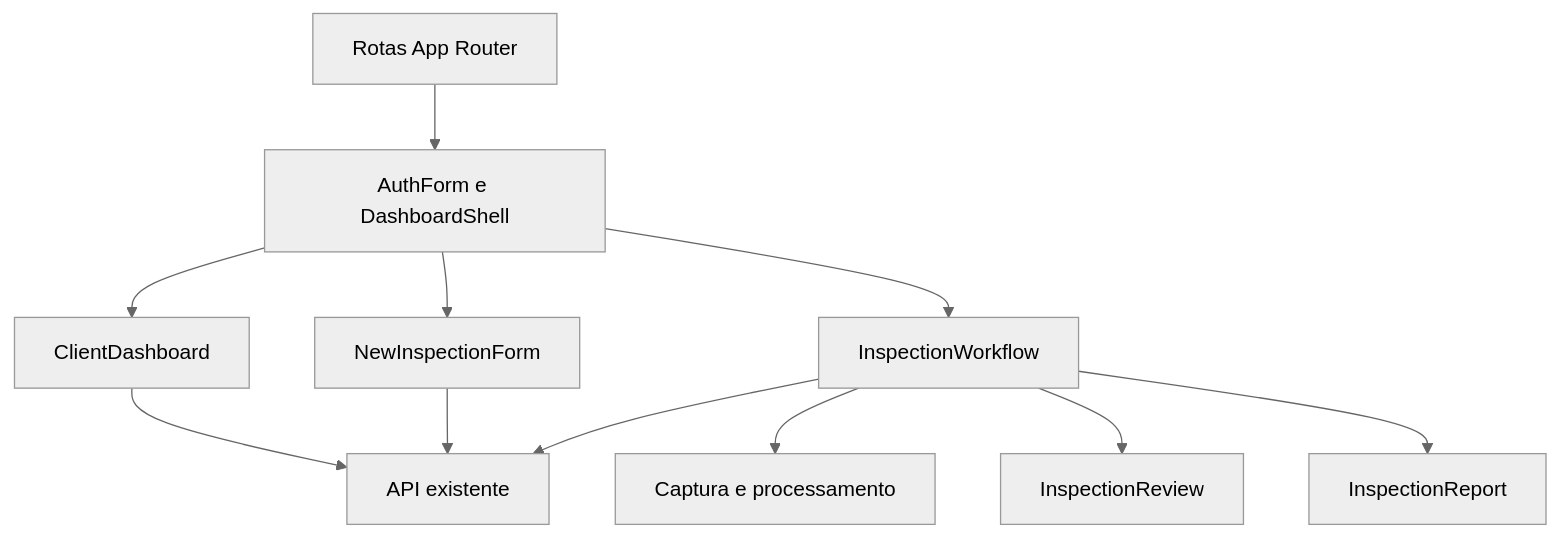
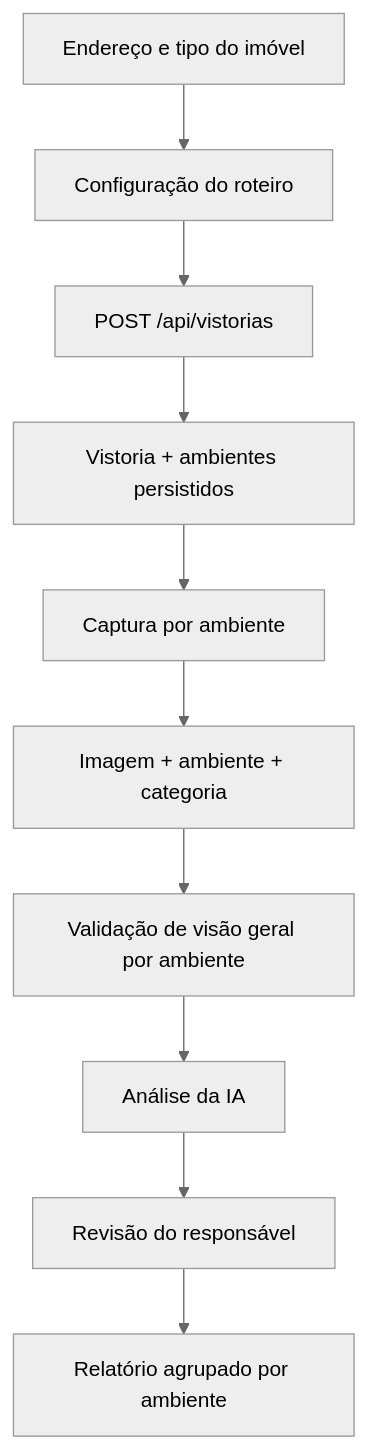
Before and after one commit to IA-Vistoria/vistoria-mvp: the diagram in .specs/features/interface-lente-operacional/design.md, drawn with Mermaid (neutral theme). The commit also changed other lines of this file and 13 other files, not shown here.

Commit message:
docs(vistoria): define roteiro adaptativo por ambiente

````diff
--- a/.specs/features/interface-lente-operacional/design.md
+++ b/.specs/features/interface-lente-operacional/design.md
@@ -12,13 +12,12 @@
 ```mermaid
 graph TD
-    A[Rotas App Router] --> B[AuthForm e DashboardShell]
-    B --> C[ClientDashboard]
-    B --> D[NewInspectionForm]
-    B --> E[InspectionWorkflow]
-    E --> F[Captura e processamento]
-    E --> G[InspectionReview]
-    E --> H[InspectionReport]
-    C --> I[API existente]
-    D --> I
-    E --> I
+    A[Endereço e tipo do imóvel] --> B[Configuração do roteiro]
+    B --> C[POST /api/vistorias]
+    C --> D[Vistoria + ambientes persistidos]
+    D --> E[Captura por ambiente]
+    E --> F[Imagem + ambiente + categoria]
+    F --> G[Validação de visão geral por ambiente]
+    G --> H[Análise da IA]
+    H --> I[Revisão do responsável]
+    I --> J[Relatório agrupado por ambiente]
 ```
````
